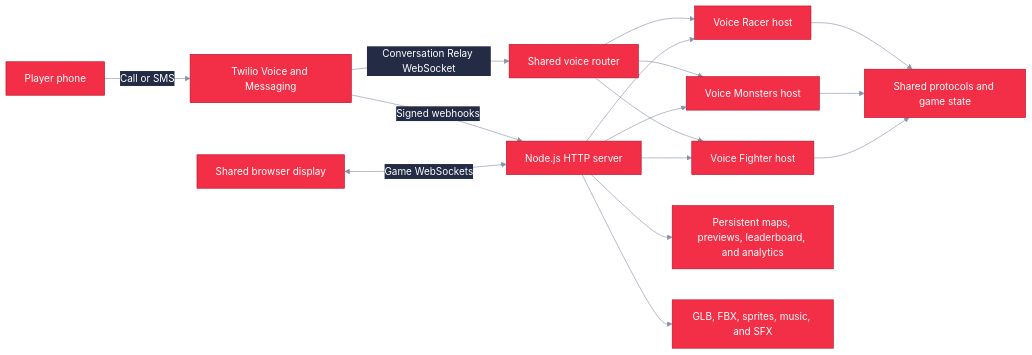
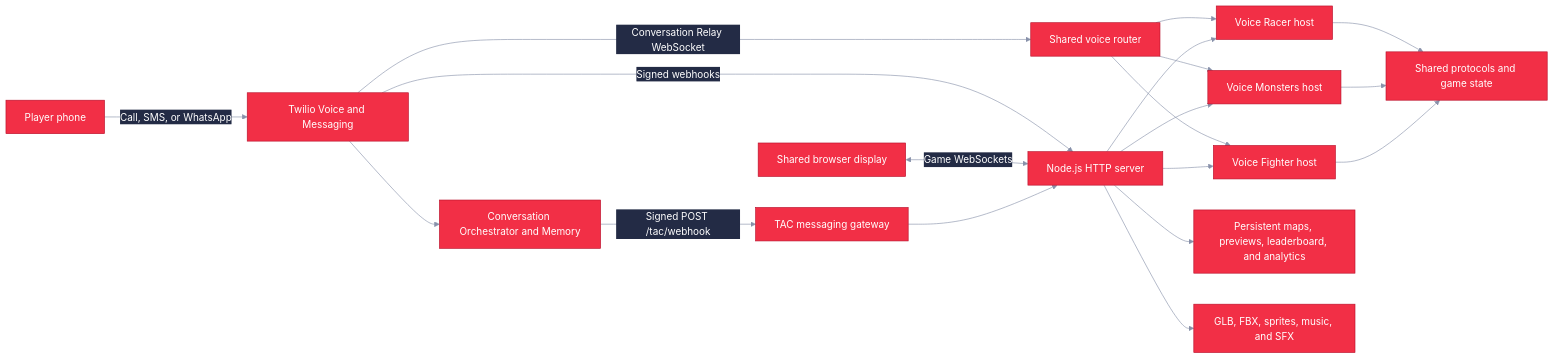
Before and after one commit to agithony/twilio-games: the first of 2 diagrams in README.md, drawn with Mermaid. The commit also changed other lines of this file and 100 other files, not shown here.

Commit message:
feat: add production Twilio Games event flow

````diff
--- a/README.md
+++ b/README.md
@@ -63,19 +63,22 @@
 ```mermaid
 %%{init: {"theme":"base","themeVariables":{"primaryColor":"#F22F46","primaryTextColor":"#FFFFFF","primaryBorderColor":"#B80F2A","lineColor":"#8891AA","secondaryColor":"#232B45","tertiaryColor":"#000D25","background":"#FFFFFF"}}}%%
 flowchart LR
-  Phone[Player phone] -->|Call or SMS| Twilio[Twilio Voice and Messaging]
+  Phone[Player phone] -->|Call, SMS, or WhatsApp| Twilio[Twilio Voice and Messaging]
+  Twilio --> Orchestrator[Conversation Orchestrator and Memory]
+  Orchestrator -->|Signed POST /tac/webhook| TAC[TAC messaging gateway]
   Twilio -->|Conversation Relay WebSocket| VoiceRoute[Shared voice router]
   Twilio -->|Signed webhooks| HTTP[Node.js HTTP server]
   VoiceRoute --> Racer[Voice Racer host]
   VoiceRoute --> Monsters[Voice Monsters host]
   VoiceRoute --> Fighter[Voice Fighter host]
   Display[Shared browser display] <-->|Game WebSockets| HTTP
+  TAC --> HTTP
   HTTP --> Racer
   HTTP --> Monsters
   HTTP --> Fighter
   Racer --> Shared[Shared protocols and game state]
   Monsters --> Shared
   Fighter --> Shared
   HTTP --> Data[Persistent maps, previews, leaderboard, and analytics]
   HTTP --> Assets[GLB, FBX, sprites, music, and SFX]
 ```
````
